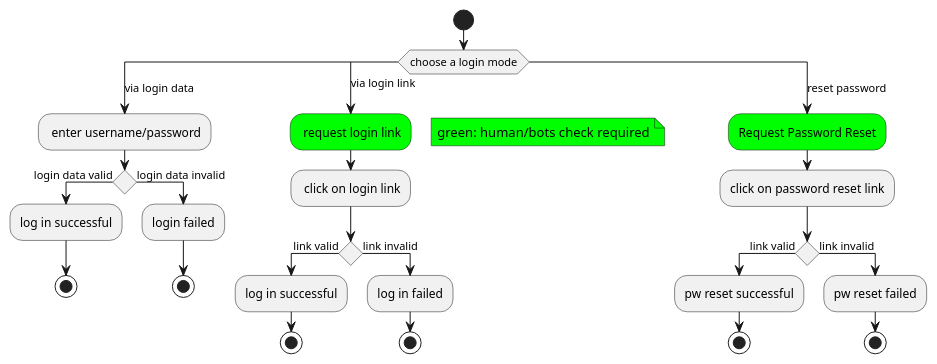
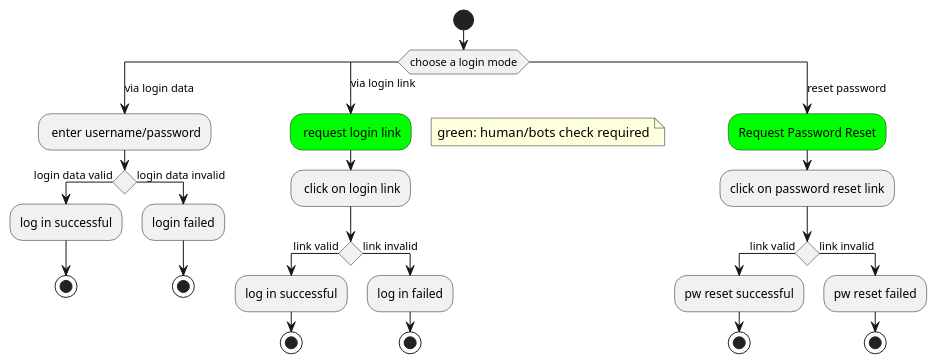
The second of 3 diagrams in src/main/jbake/content/documentation/dancer/src/04_solution_strategy.adoc (dancier/documentation), drawn with PlantUML before and after one commit. The commit also changed other lines of this file, not shown here.

```diff
--- a/src/main/jbake/content/documentation/dancer/src/04_solution_strategy.adoc
+++ b/src/main/jbake/content/documentation/dancer/src/04_solution_strategy.adoc
@@ -52,47 +52,40 @@
 [plantuml,login-activity,svg]
 ....
 @startuml
-<style>
-activityDiagram {
-  note {
-    BackgroundColor #00FF00
-  }
-}
-</style>
 
 start
 switch (choose a login mode)
 case (via login data)
     : enter username/password;
     if() then (login data valid)
         :log in successful;
         stop
     else (login data invalid)
         :login failed;
         stop
     endif
 case (via login link)
   #00FF00: request login link;
     floating note right: green: human/bots check required
             : click on login link;
                 if() then (link valid)
                     :log in successful;
                     stop
                 else (link invalid)
                     :log in failed;
                     stop
                 endif
 case (reset password)
   #00FF00:Request Password Reset;
   :click on password reset link;
     if() then (link valid)
         :pw reset successful;
         stop
     else (link invalid)
         :pw reset failed;
         stop
     endif
 endswitch
 
 @enduml
 ....
```
